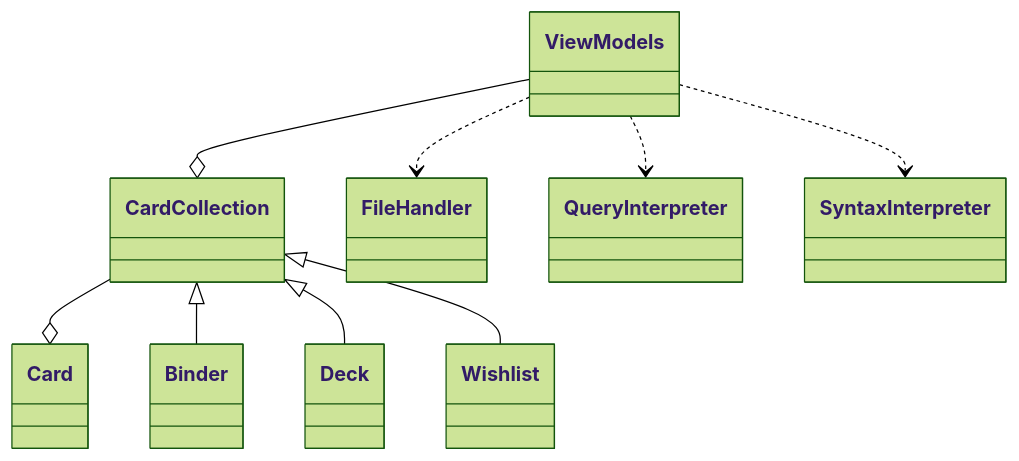
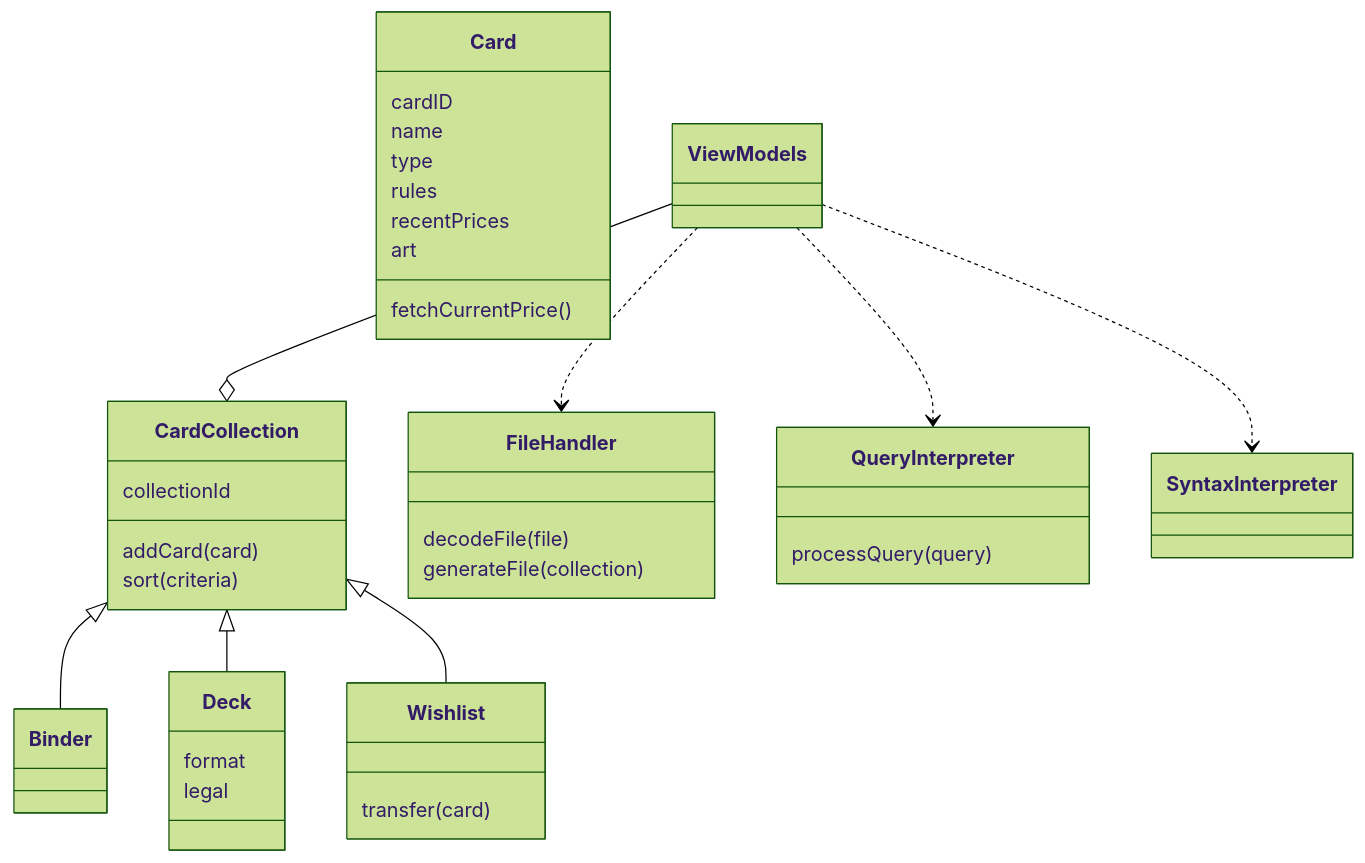
The first of 2 diagrams in projectProposal.md (m-bernardin/AppDev1-LIA), drawn with Mermaid (forest theme) before and after one commit.

Commit message:
final proposal

````diff
--- a/projectProposal.md
+++ b/projectProposal.md
@@ -48,20 +48,38 @@
 ```mermaid
 classDiagram
-    class c["Card"]{}
-    class cc["CardCollection"]{}
+    class c["Card"]{ 
+	cardID
+	name
+	type
+	rules
+	recentPrices
+	art
+	fetchCurrentPrice()
+		}
+    class cc["CardCollection"]{
+	collectionId
+	addCard(card)
+	sort(criteria)}
     class b["Binder"]{}
-    class d["Deck"]{}
-    class w["Wishlist"]{}
-    class fh["FileHandler"]{}
-    class qi["QueryInterpreter"]{}
+    class d["Deck"]{
+	format
+	legal
+	}
+    class w["Wishlist"]{
+	transfer(card)}
+    class fh["FileHandler"]{
+	decodeFile(file)
+	generateFile(collection)}
+    class qi["QueryInterpreter"]{
+	processQuery(query)
+	}
     class si["SyntaxInterpreter"]{}
     class vm["ViewModels"]{}
-    cc--o c
     cc<|--b
     cc<|--d
     cc<|--w
     vm--o cc
     vm..>fh
     vm..>qi
     vm..>si
 ```
````
